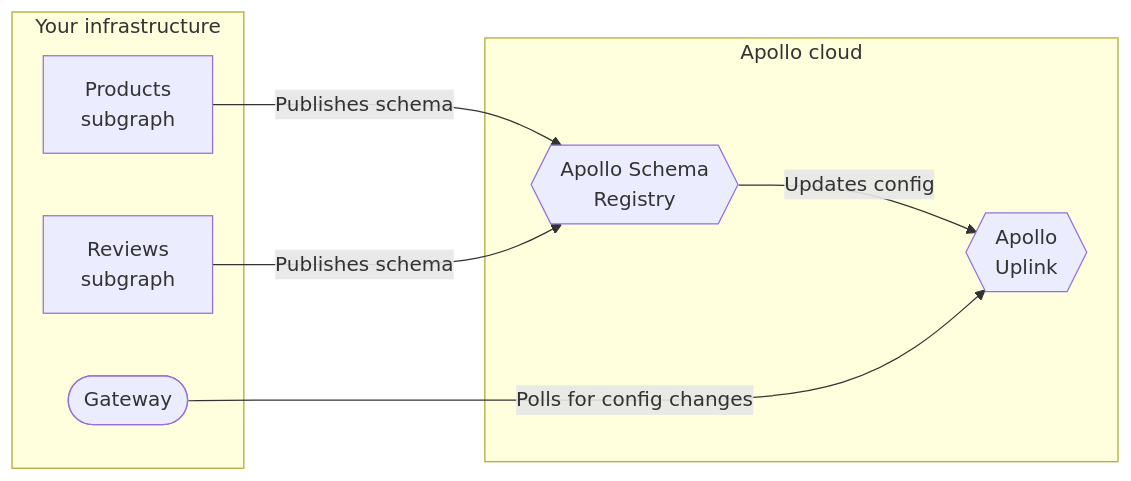
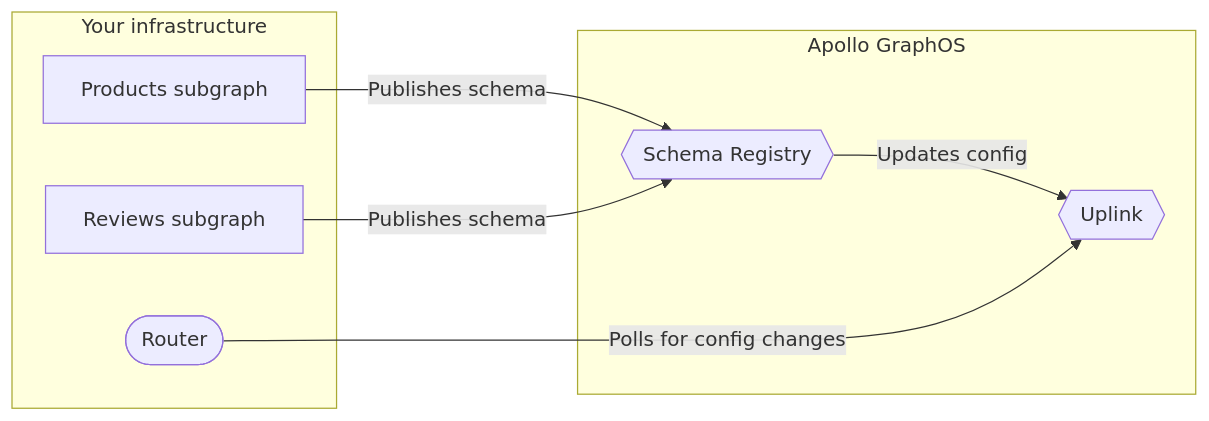
The diagram in docs/source/managed-federation/overview.mdx (apollographql/federation), drawn with Mermaid before and after one commit. The commit also changed other lines of this file and 11 other files, not shown here.

````diff
--- a/docs/source/managed-federation/overview.mdx
+++ b/docs/source/managed-federation/overview.mdx
@@ -11,17 +11,17 @@
 ```mermaid
 graph LR;
   subgraph "Your infrastructure"
-  serviceA[Products<br/>subgraph];
-  serviceB[Reviews<br/>subgraph];
-  gateway([Gateway]);
+  serviceA[Products subgraph];
+  serviceB[Reviews subgraph];
+  router([Router]);
   end
-  subgraph "Apollo cloud"
-    registry{{Apollo Schema<br/>Registry}};
-    uplink{{Apollo<br/>Uplink}}
+  subgraph "Apollo GraphOS"
+    registry{{Schema Registry}};
+    uplink{{Uplink}}
   end
   serviceA & serviceB -->|Publishes schema| registry;
   registry -->|Updates config| uplink;
-  gateway -->|Polls for config changes| uplink;
+  router -->|Polls for config changes| uplink;
   class registry secondary;
   class uplink secondary;
 ```
````
